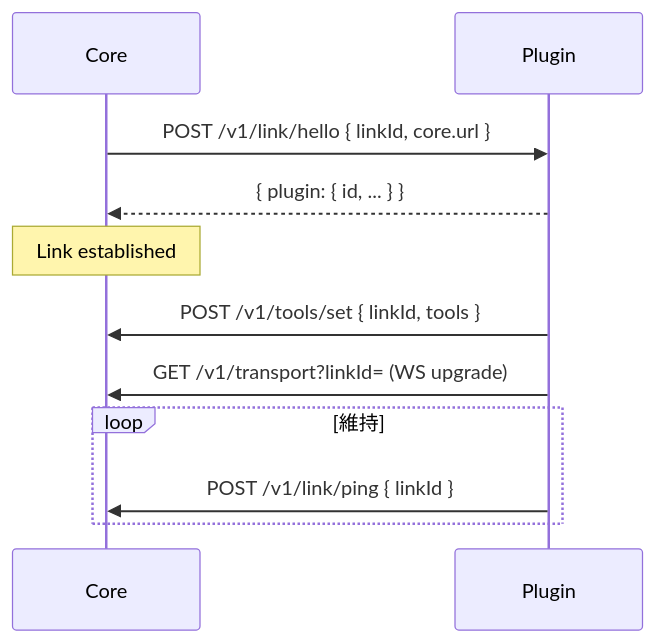
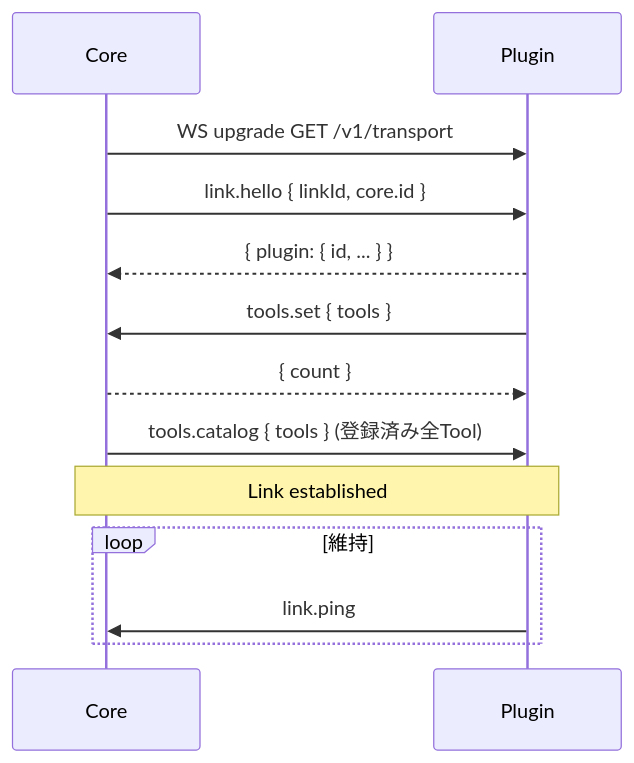
The second of 2 diagrams in docs/contracts/00001-core-plugin-transport.md (naatin777/plugumi), drawn with Mermaid before and after one commit. The commit also changed other lines of this file and 30 other files, not shown here.

````diff
--- a/docs/contracts/00001-core-plugin-transport.md
+++ b/docs/contracts/00001-core-plugin-transport.md
@@ -90,14 +92,16 @@
 ```mermaid
 sequenceDiagram
     participant Core
     participant Plugin
 
-    Core->>Plugin: POST /v1/link/hello { linkId, core.url }
+    Core->>Plugin: WS upgrade GET /v1/transport
+    Core->>Plugin: link.hello { linkId, core.id }
     Plugin-->>Core: { plugin: { id, ... } }
-    Note over Core: Link established
-    Plugin->>Core: POST /v1/tools/set { linkId, tools }
-    Plugin->>Core: GET /v1/transport?linkId= (WS upgrade)
+    Plugin->>Core: tools.set { tools }
+    Core-->>Plugin: { count }
+    Core->>Plugin: tools.catalog { tools } (登録済み全Tool)
+    Note over Core,Plugin: Link established
     loop 維持
-        Plugin->>Core: POST /v1/link/ping { linkId }
+        Plugin->>Core: link.ping
     end
 ```
````
